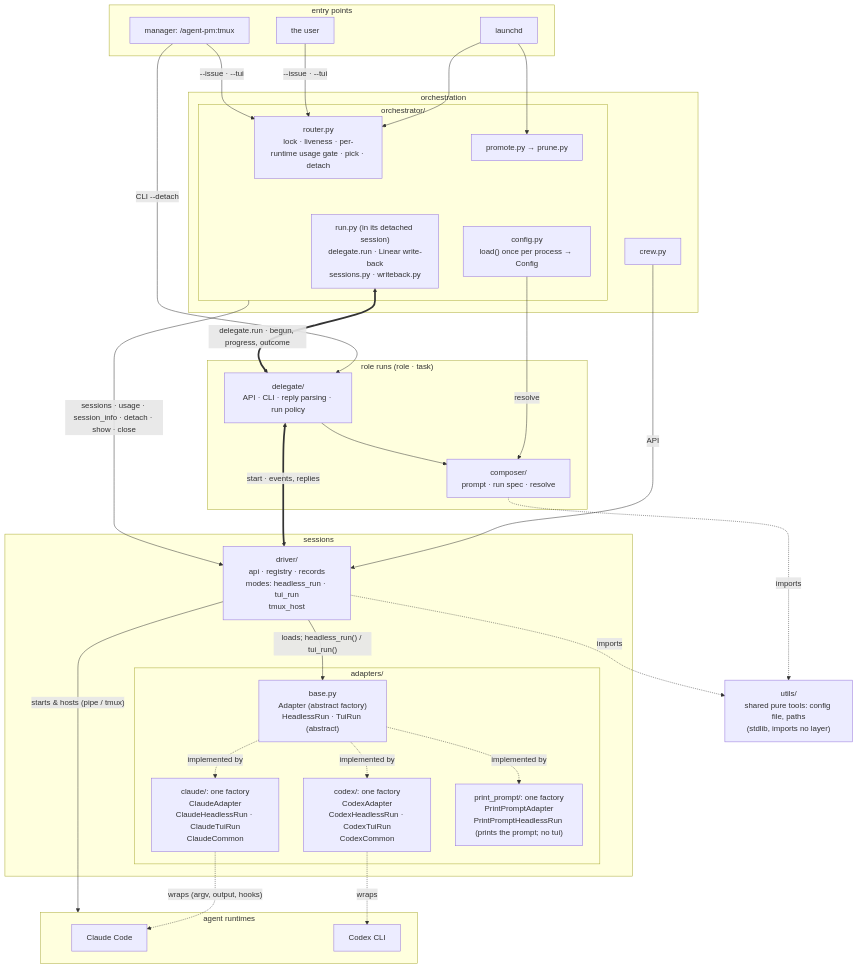
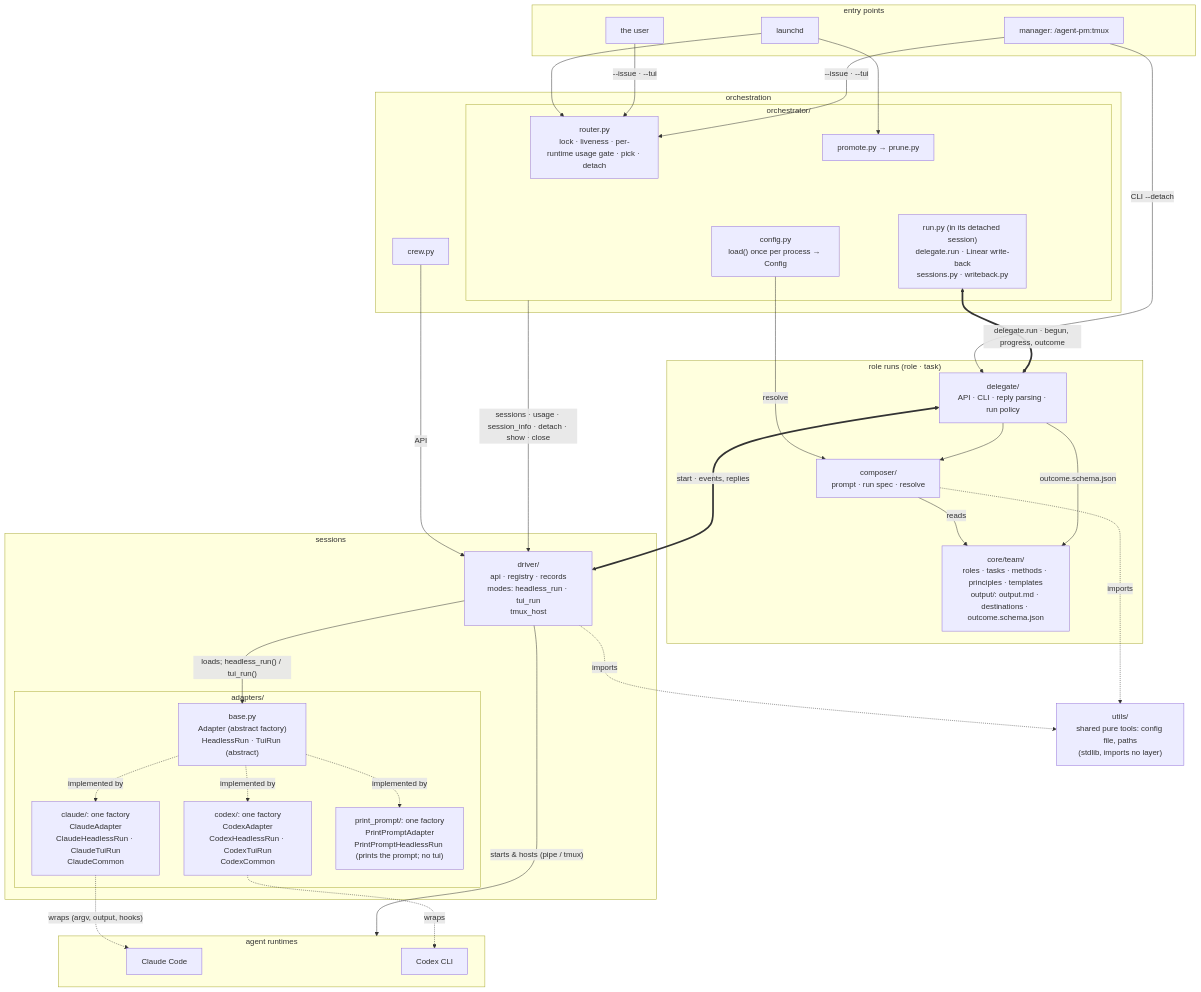
The second of 4 diagrams in README.md (ophis/agent-pm), drawn with Mermaid before and after one commit. The commit also changed other lines of this file, not shown here.

Commit message:
README: core/team in the architecture diagram
Claude-Session: https://claude.ai/code/session_01DWNTKp8E4ZkndBswMuqLEu

````diff
--- a/README.md
+++ b/README.md
@@ -20,55 +20,58 @@
 ```mermaid
 flowchart TB
   subgraph EN[entry points]
     LD[launchd]
     HU[the user]
     M["manager: /agent-pm:tmux"]
   end
   subgraph L1[orchestration]
     subgraph OR[orchestrator/]
       R["router.py<br>lock · liveness · per-runtime usage gate · pick · detach"]
       RU["run.py (in its detached session)<br>delegate.run · Linear write-back<br>sessions.py · writeback.py"]
       PP["promote.py → prune.py"]
       CF["config.py<br>load() once per process → Config"]
     end
     W[crew.py]
   end
   subgraph L2["role runs (role · task)"]
     D["delegate/<br>API · CLI · reply parsing · run policy"]
     C["composer/<br>prompt · run spec · resolve"]
+    T["core/team/<br>roles · tasks · methods · principles · templates<br>output/: output.md · destinations · outcome.schema.json"]
   end
   subgraph L3[sessions]
     DR["driver/<br>api · registry · records<br>modes: headless_run · tui_run<br>tmux_host"]
     subgraph AD[adapters/]
       B["base.py<br>Adapter (abstract factory)<br>HeadlessRun · TuiRun (abstract)"]
       CL["claude/: one factory<br>ClaudeAdapter<br>ClaudeHeadlessRun · ClaudeTuiRun<br>ClaudeCommon"]
       CX["codex/: one factory<br>CodexAdapter<br>CodexHeadlessRun · CodexTuiRun<br>CodexCommon"]
       PP2["print_prompt/: one factory<br>PrintPromptAdapter<br>PrintPromptHeadlessRun (prints the prompt; no tui)"]
     end
   end
   U["utils/<br>shared pure tools: config file, paths<br>(stdlib, imports no layer)"]
   subgraph RT[agent runtimes]
     P1[Claude Code]
     P2[Codex CLI]
   end
   LD --> R & PP
   HU -->|"--issue · --tui"| R
   M -->|"--issue · --tui"| R
   M -->|"CLI --detach"| D
   W -->|API| DR
   RU <==>|"delegate.run · begun, progress, outcome"| D
   CF -->|resolve| C
   OR -->|"sessions · usage · session_info · detach · show · close"| DR
   D --> C
+  C -->|reads| T
+  D -->|"outcome.schema.json"| T
   D <==>|"start · events, replies"| DR
   DR -->|"loads; headless_run() / tui_run()"| B
   B -.->|implemented by| CL & CX & PP2
   DR -->|"starts & hosts (pipe / tmux)"| RT
   CL -.->|"wraps (argv, output, hooks)"| P1
   CX -.->|wraps| P2
   C -.->|imports| U
   DR -.->|imports| U
   R ~~~ RU
   PP ~~~ CF
   C ~~~ DR
 ```
````
